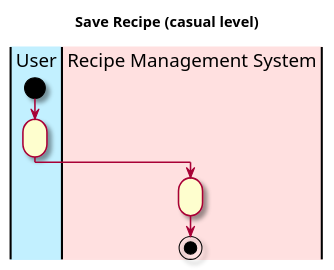
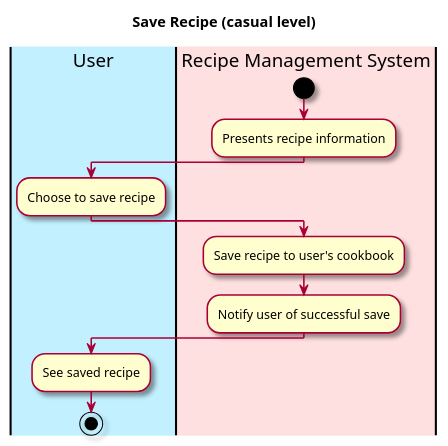
One commit to berthashipper/Pantry-Pal-Android-Application changed the diagram in intellij/doc/use-cases/save_recipe.md. Above: the diagram before and after it, drawn with PlantUML. The commit also changed other lines of this file and 1 other file, not shown here.

Commit message:
Wrote save_recipe use case

````diff
--- a/intellij/doc/use-cases/save_recipe.md
+++ b/intellij/doc/use-cases/save_recipe.md
@@ -29,21 +26,26 @@
 ```plantuml
 @startuml
 
 skin rose
 
 title Save Recipe (casual level)
 
 'define the lanes
 |#application|User|
 |#implementation|Recipe Management System|
 
+|Recipe Management System|
+start
+:Presents recipe information;
 |User|
-start
-:;
+:Choose to save recipe;
 
 |Recipe Management System|
-:;
+:Save recipe to user's cookbook;
+:Notify user of successful save;
 
+|User|
+:See saved recipe;
 stop
 @enduml
 ```
````
